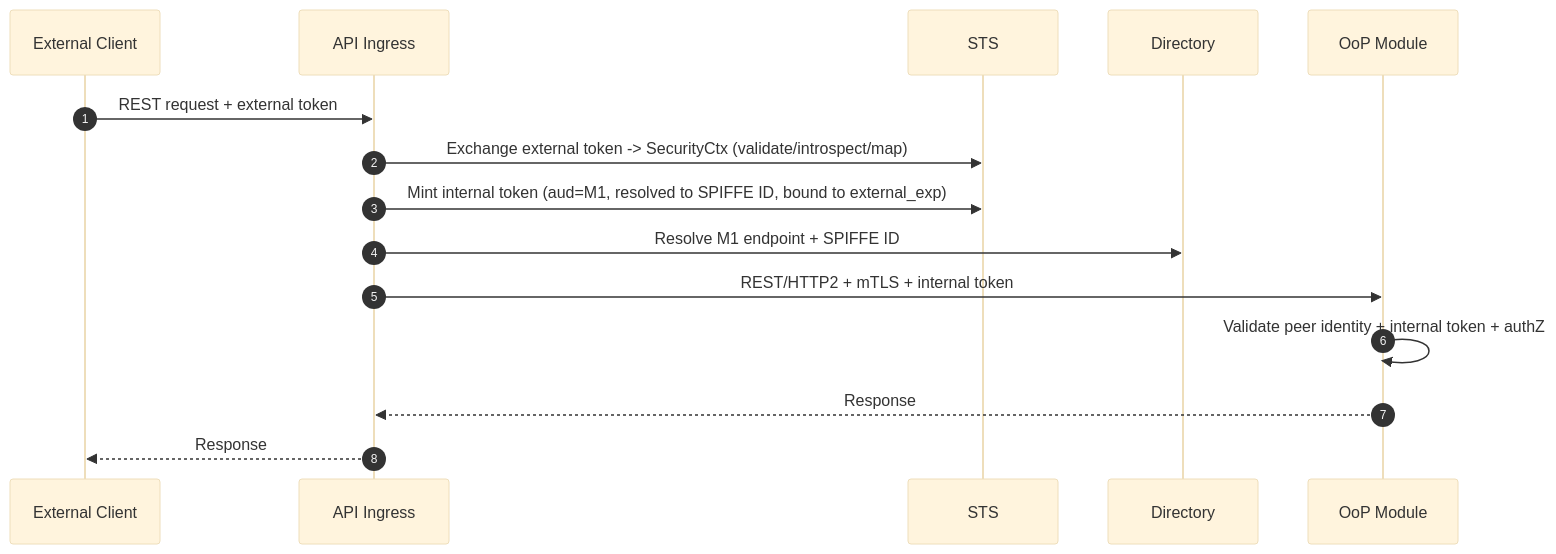
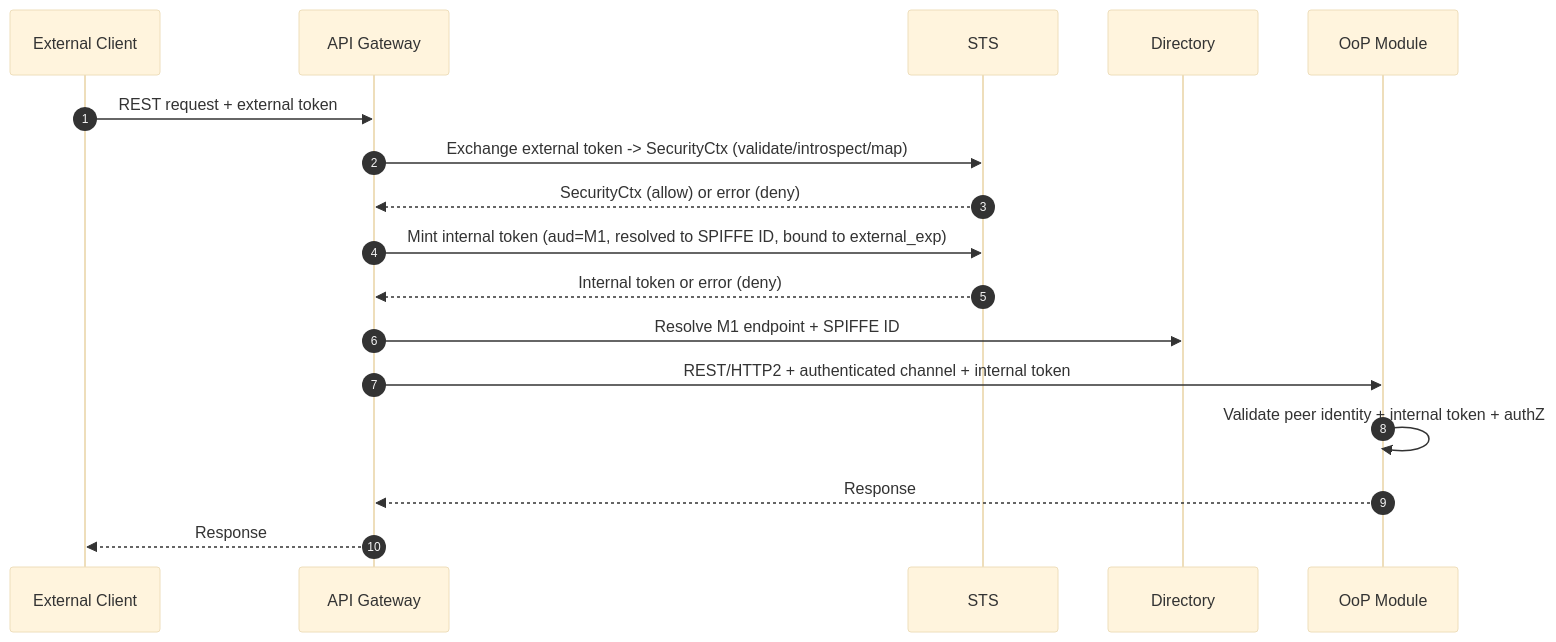
One commit to MikeFalcon77/modkit-zero-trust changed the fourth of 6 diagrams in modkit_zero_trust.MD. Above: the diagram before and after it, drawn with Mermaid (base theme). The commit also changed other lines of this file and 1 other file, not shown here.

````diff
--- a/modkit_zero_trust.MD
+++ b/modkit_zero_trust.MD
@@ -1004,18 +1241,20 @@
 ```mermaid
 sequenceDiagram
   autonumber
   participant C as External Client
-  participant AG as API Ingress
+  participant AG as API Gateway
   participant STS as STS
   participant DIR as Directory
   participant M1 as OoP Module
 
   C->>AG: REST request + external token
   AG->>STS: Exchange external token -> SecurityCtx (validate/introspect/map)
+  STS-->>AG: SecurityCtx (allow) or error (deny)
   AG->>STS: Mint internal token (aud=M1, resolved to SPIFFE ID, bound to external_exp)
+  STS-->>AG: Internal token or error (deny)
   AG->>DIR: Resolve M1 endpoint + SPIFFE ID
-  AG->>M1: REST/HTTP2 + mTLS + internal token
+  AG->>M1: REST/HTTP2 + authenticated channel + internal token
   M1->>M1: Validate peer identity + internal token + authZ
   M1-->>AG: Response
   AG-->>C: Response
 ```
````
